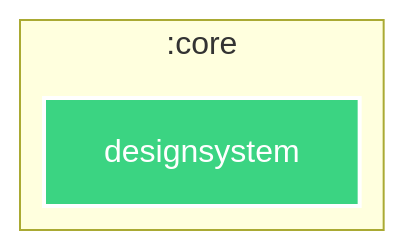
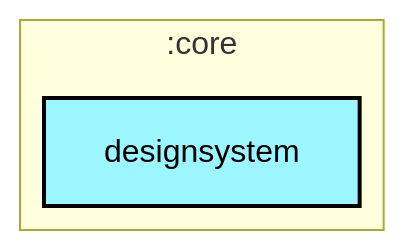
One commit to android/nowinandroid changed the diagram in core/designsystem/README.md. Above: the diagram before and after it, drawn with Mermaid. The commit also changed other lines of this file and 28 other files, not shown here.

````diff
--- a/core/designsystem/README.md
+++ b/core/designsystem/README.md
@@ -4,19 +6,20 @@
 ```mermaid
 ---
 config:
   layout: elk
   elk:
     nodePlacementStrategy: SIMPLE
 ---
 graph TB
   subgraph :core
     direction TB
     :core:designsystem[designsystem]:::android-library
   end
 
-classDef android-application fill:#7F52FF,stroke:#fff,stroke-width:2px,color:#fff;
-classDef android-library fill:#3BD482,stroke:#fff,stroke-width:2px,color:#fff;
-classDef android-test fill:#3BD482,stroke:#fff,stroke-width:2px,color:#fff;
-classDef jvm fill:#7F52FF,stroke:#fff,stroke-width:2px,color:#fff;
-classDef unknown fill:#FF0000,stroke:#fff,stroke-width:2px,color:#fff;
+classDef android-application fill:#CAFFBF,stroke:#000,stroke-width:2px,color:#000;
+classDef android-feature fill:#FFD6A5,stroke:#000,stroke-width:2px,color:#000;
+classDef android-library fill:#9BF6FF,stroke:#000,stroke-width:2px,color:#000;
+classDef android-test fill:#A0C4FF,stroke:#000,stroke-width:2px,color:#000;
+classDef jvm-library fill:#BDB2FF,stroke:#000,stroke-width:2px,color:#000;
+classDef unknown fill:#FFADAD,stroke:#000,stroke-width:2px,color:#000;
 ```
````
